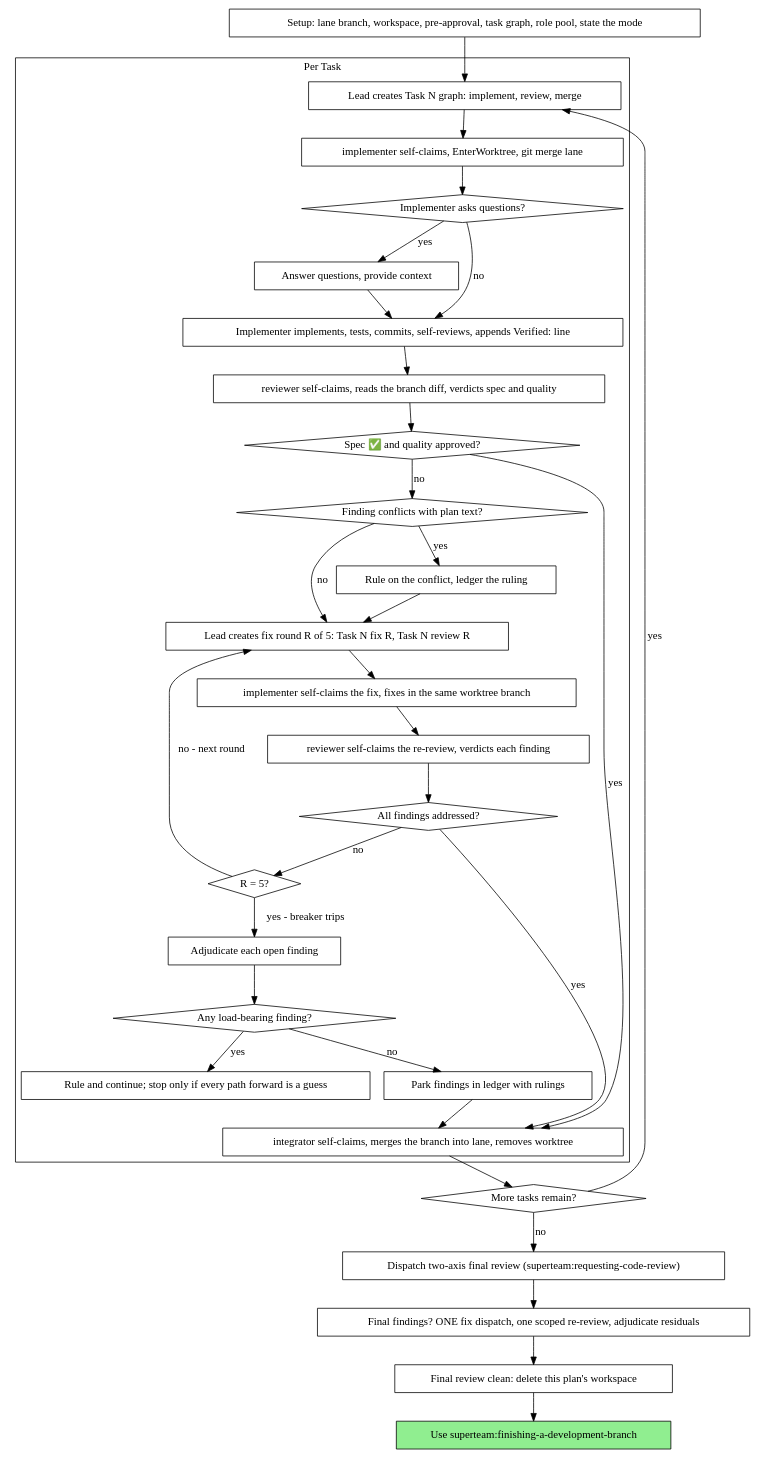
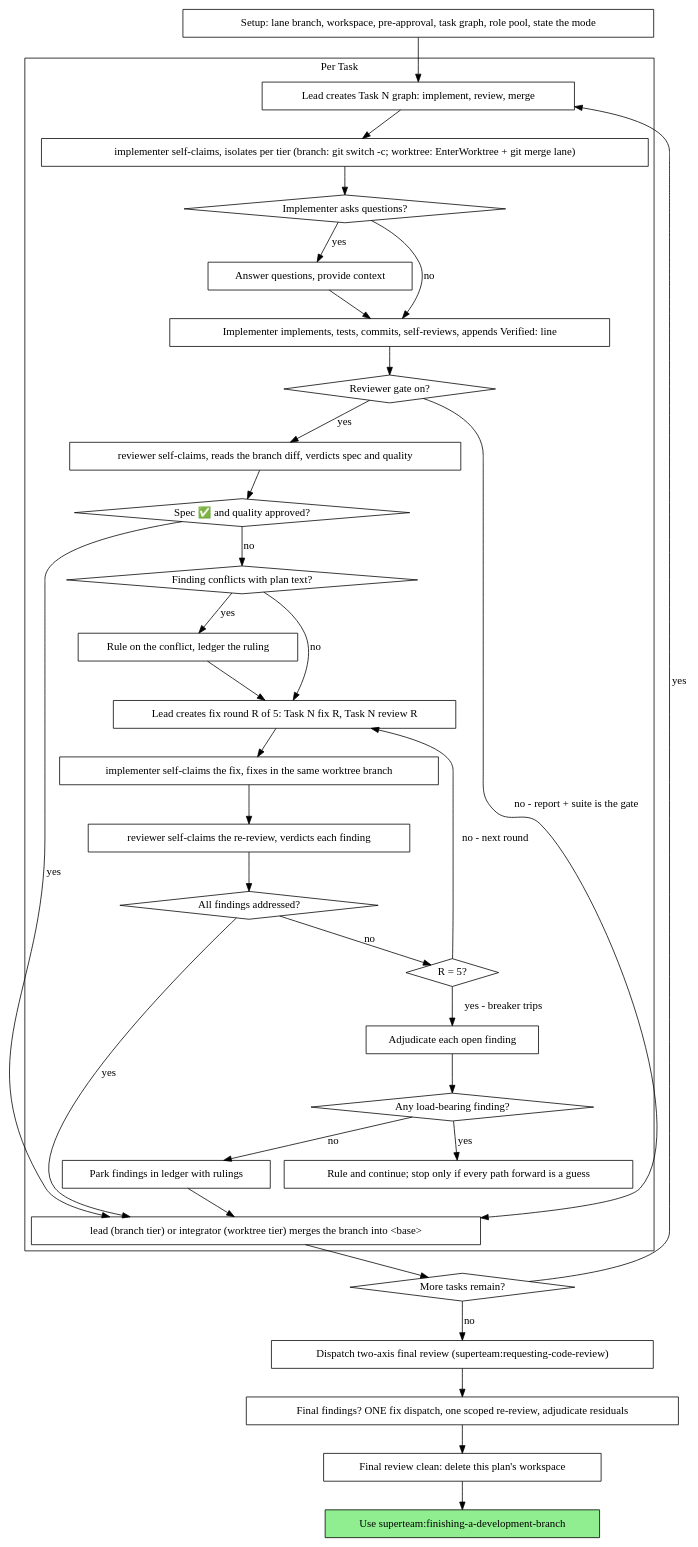
The second of 2 diagrams in skills/superteam-driven-development/SKILL.md (cameronchittick/superteam), drawn with Graphviz before and after one commit. The commit also changed other lines of this file and 4 other files, not shown here.

First line of the commit message:
SDD: isolation tiers — branch by default, worktree on demand, integrator only when merges need serialising

````diff
--- a/skills/superteam-driven-development/SKILL.md
+++ b/skills/superteam-driven-development/SKILL.md
@@ -150,66 +208,69 @@
 ```dot
 digraph process {
     rankdir=TB;
 
     subgraph cluster_per_task {
         label="Per Task";
         "Lead creates Task N graph: implement, review, merge" [shape=box];
-        "implementer self-claims, EnterWorktree, git merge lane" [shape=box];
+        "implementer self-claims, isolates per tier (branch: git switch -c; worktree: EnterWorktree + git merge lane)" [shape=box];
         "Implementer asks questions?" [shape=diamond];
         "Answer questions, provide context" [shape=box];
         "Implementer implements, tests, commits, self-reviews, appends Verified: line" [shape=box];
+        "Reviewer gate on?" [shape=diamond];
         "reviewer self-claims, reads the branch diff, verdicts spec and quality" [shape=box];
         "Spec ✅ and quality approved?" [shape=diamond];
         "Finding conflicts with plan text?" [shape=diamond];
         "Rule on the conflict, ledger the ruling" [shape=box];
         "Lead creates fix round R of 5: Task N fix R, Task N review R" [shape=box];
         "implementer self-claims the fix, fixes in the same worktree branch" [shape=box];
         "reviewer self-claims the re-review, verdicts each finding" [shape=box];
         "All findings addressed?" [shape=diamond];
         "R = 5?" [shape=diamond];
         "Adjudicate each open finding" [shape=box];
         "Any load-bearing finding?" [shape=diamond];
         "Rule and continue; stop only if every path forward is a guess" [shape=box];
         "Park findings in ledger with rulings" [shape=box];
-        "integrator self-claims, merges the branch into lane, removes worktree" [shape=box];
+        "lead (branch tier) or integrator (worktree tier) merges the branch into <base>" [shape=box];
     }
 
     "Setup: lane branch, workspace, pre-approval, task graph, role pool, state the mode" [shape=box];
     "More tasks remain?" [shape=diamond];
     "Dispatch two-axis final review (superteam:requesting-code-review)" [shape=box];
     "Final findings? ONE fix dispatch, one scoped re-review, adjudicate residuals" [shape=box];
     "Final review clean: delete this plan's workspace" [shape=box];
     "Use superteam:finishing-a-development-branch" [shape=box style=filled fillcolor=lightgreen];
 
     "Setup: lane branch, workspace, pre-approval, task graph, role pool, state the mode" -> "Lead creates Task N graph: implement, review, merge";
-    "Lead creates Task N graph: implement, review, merge" -> "implementer self-claims, EnterWorktree, git merge lane";
-    "implementer self-claims, EnterWorktree, git merge lane" -> "Implementer asks questions?";
+    "Lead creates Task N graph: implement, review, merge" -> "implementer self-claims, isolates per tier (branch: git switch -c; worktree: EnterWorktree + git merge lane)";
+    "implementer self-claims, isolates per tier (branch: git switch -c; worktree: EnterWorktree + git merge lane)" -> "Implementer asks questions?";
     "Implementer asks questions?" -> "Answer questions, provide context" [label="yes"];
     "Answer questions, provide context" -> "Implementer implements, tests, commits, self-reviews, appends Verified: line";
     "Implementer asks questions?" -> "Implementer implements, tests, commits, self-reviews, appends Verified: line" [label="no"];
-    "Implementer implements, tests, commits, self-reviews, appends Verified: line" -> "reviewer self-claims, reads the branch diff, verdicts spec and quality";
+    "Implementer implements, tests, commits, self-reviews, appends Verified: line" -> "Reviewer gate on?";
+    "Reviewer gate on?" -> "reviewer self-claims, reads the branch diff, verdicts spec and quality" [label="yes"];
+    "Reviewer gate on?" -> "lead (branch tier) or integrator (worktree tier) merges the branch into <base>" [label="no - report + suite is the gate"];
     "reviewer self-claims, reads the branch diff, verdicts spec and quality" -> "Spec ✅ and quality approved?";
-    "Spec ✅ and quality approved?" -> "integrator self-claims, merges the branch into lane, removes worktree" [label="yes"];
+    "Spec ✅ and quality approved?" -> "lead (branch tier) or integrator (worktree tier) merges the branch into <base>" [label="yes"];
     "Spec ✅ and quality approved?" -> "Finding conflicts with plan text?" [label="no"];
     "Finding conflicts with plan text?" -> "Rule on the conflict, ledger the ruling" [label="yes"];
     "Rule on the conflict, ledger the ruling" -> "Lead creates fix round R of 5: Task N fix R, Task N review R";
     "Finding conflicts with plan text?" -> "Lead creates fix round R of 5: Task N fix R, Task N review R" [label="no"];
     "Lead creates fix round R of 5: Task N fix R, Task N review R" -> "implementer self-claims the fix, fixes in the same worktree branch";
     "implementer self-claims the fix, fixes in the same worktree branch" -> "reviewer self-claims the re-review, verdicts each finding";
     "reviewer self-claims the re-review, verdicts each finding" -> "All findings addressed?";
-    "All findings addressed?" -> "integrator self-claims, merges the branch into lane, removes worktree" [label="yes"];
+    "All findings addressed?" -> "lead (branch tier) or integrator (worktree tier) merges the branch into <base>" [label="yes"];
     "All findings addressed?" -> "R = 5?" [label="no"];
     "R = 5?" -> "Lead creates fix round R of 5: Task N fix R, Task N review R" [label="no - next round"];
     "R = 5?" -> "Adjudicate each open finding" [label="yes - breaker trips"];
     "Adjudicate each open finding" -> "Any load-bearing finding?";
     "Any load-bearing finding?" -> "Rule and continue; stop only if every path forward is a guess" [label="yes"];
     "Any load-bearing finding?" -> "Park findings in ledger with rulings" [label="no"];
-    "Park findings in ledger with rulings" -> "integrator self-claims, merges the branch into lane, removes worktree";
-    "integrator self-claims, merges the branch into lane, removes worktree" -> "More tasks remain?";
+    "Park findings in ledger with rulings" -> "lead (branch tier) or integrator (worktree tier) merges the branch into <base>";
+    "lead (branch tier) or integrator (worktree tier) merges the branch into <base>" -> "More tasks remain?";
     "More tasks remain?" -> "Lead creates Task N graph: implement, review, merge" [label="yes"];
     "More tasks remain?" -> "Dispatch two-axis final review (superteam:requesting-code-review)" [label="no"];
     "Dispatch two-axis final review (superteam:requesting-code-review)" -> "Final findings? ONE fix dispatch, one scoped re-review, adjudicate residuals";
     "Final findings? ONE fix dispatch, one scoped re-review, adjudicate residuals" -> "Final review clean: delete this plan's workspace";
     "Final review clean: delete this plan's workspace" -> "Use superteam:finishing-a-development-branch";
 }
 ```
````
